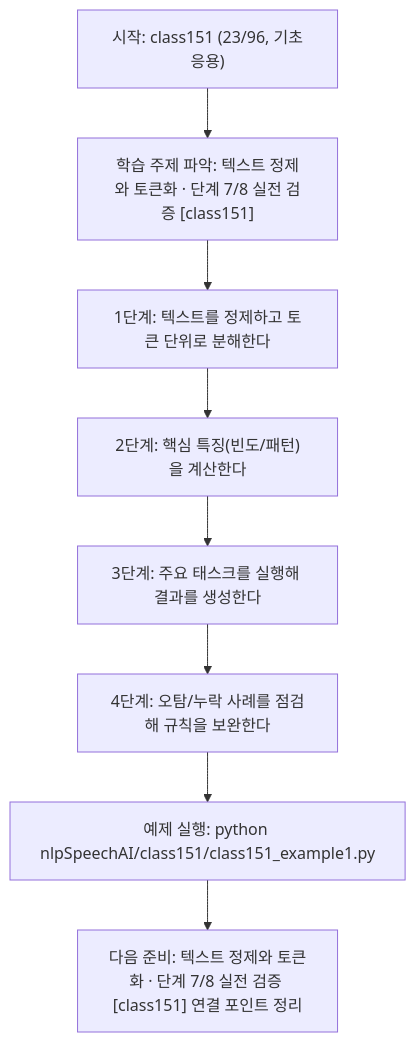
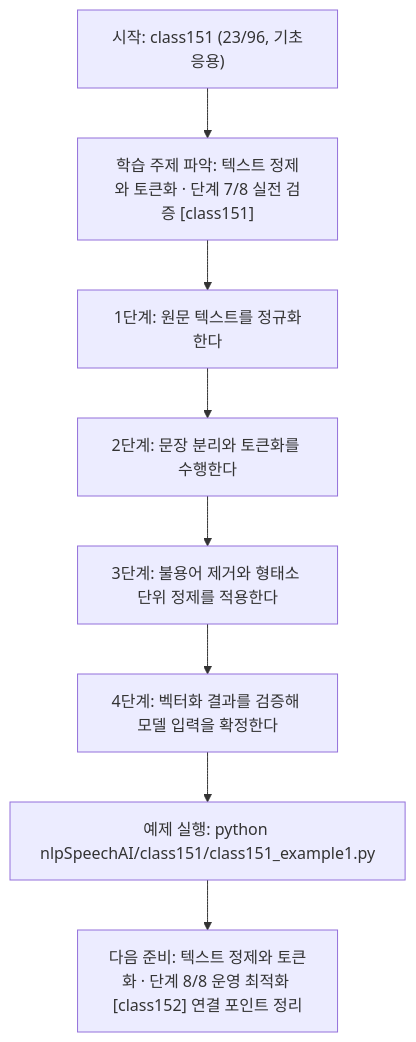
The diagram in nlpSpeechAI/class151/class151.md (edumgt/Python-AI_Agent-Class), drawn with Mermaid before and after one commit. The commit also changed other lines of this file and 1122 other files, not shown here.

````diff
--- a/nlpSpeechAI/class151/class151.md
+++ b/nlpSpeechAI/class151/class151.md
@@ -114,18 +95,18 @@
 ```mermaid
 flowchart TD
 N1["시작: class151 (23/96, 기초응용)"]
 N2["학습 주제 파악: 텍스트 정제와 토큰화 · 단계 7/8 실전 검증 [class151]"]
-N3["1단계: 텍스트를 정제하고 토큰 단위로 분해한다"]
-N4["2단계: 핵심 특징(빈도/패턴)을 계산한다"]
-N5["3단계: 주요 태스크를 실행해 결과를 생성한다"]
-N6["4단계: 오탐/누락 사례를 점검해 규칙을 보완한다"]
+N3["1단계: 원문 텍스트를 정규화한다"]
+N4["2단계: 문장 분리와 토큰화를 수행한다"]
+N5["3단계: 불용어 제거와 형태소 단위 정제를 적용한다"]
+N6["4단계: 벡터화 결과를 검증해 모델 입력을 확정한다"]
 N7["예제 실행: python nlpSpeechAI/class151/class151_example1.py"]
-N8["다음 준비: 텍스트 정제와 토큰화 · 단계 7/8 실전 검증 [class151] 연결 포인트 정리"]
+N8["다음 준비: 텍스트 정제와 토큰화 · 단계 8/8 운영 최적화 [class152] 연결 포인트 정리"]
 N1 --> N2
 N2 --> N3
 N3 --> N4
 N4 --> N5
 N5 --> N6
 N6 --> N7
 N7 --> N8
 ```
````
